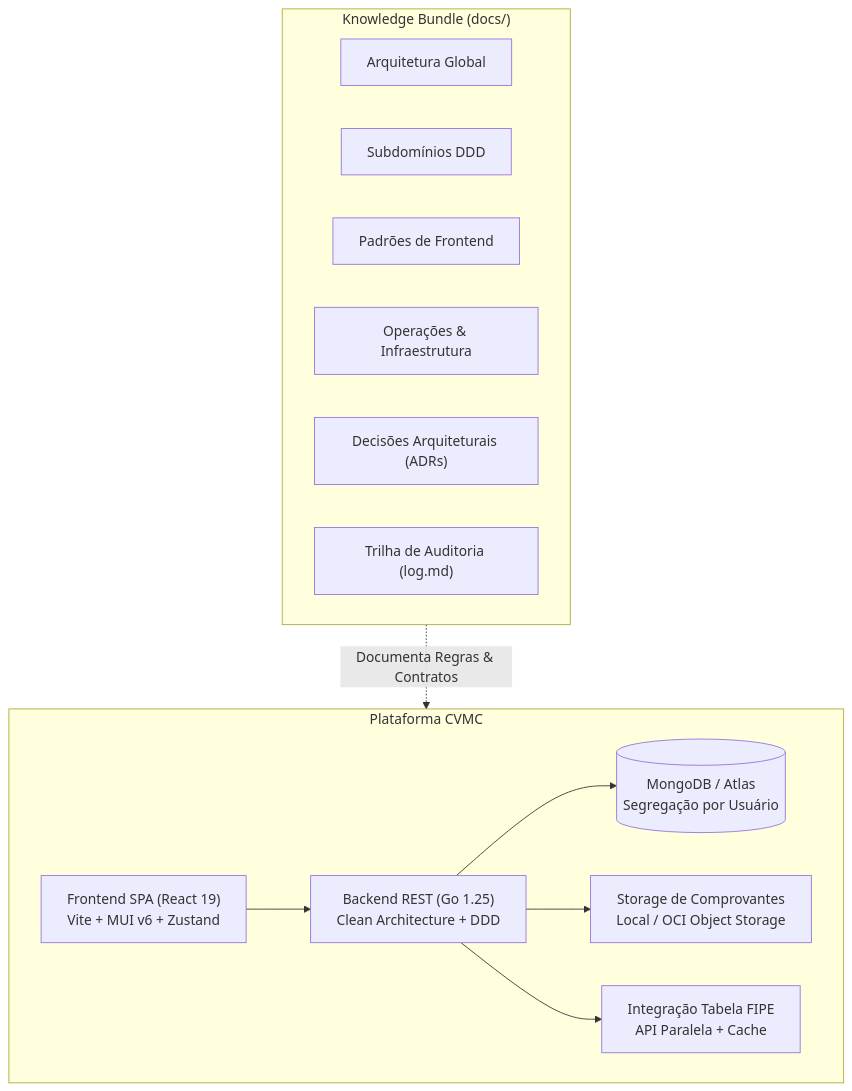
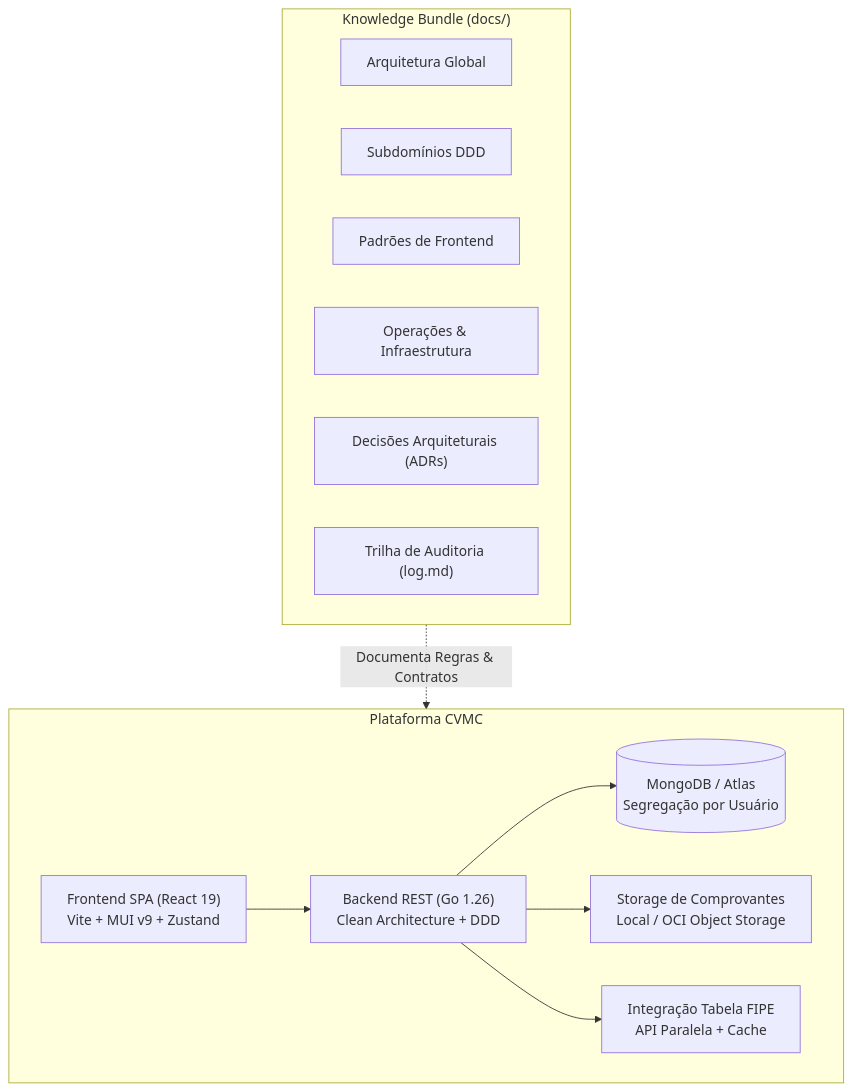
Before and after one commit to yurinogueira/CVMC: the diagram in docs/index.md, drawn with Mermaid. The commit also changed other lines of this file and 6 other files, not shown here.

````diff
--- a/docs/index.md
+++ b/docs/index.md
@@ -35,25 +35,25 @@
 ```mermaid
 flowchart TD
     subgraph Core["Plataforma CVMC"]
-        API["Backend REST (Go 1.25)<br>Clean Architecture + DDD"]
-        SPA["Frontend SPA (React 19)<br>Vite + MUI v6 + Zustand"]
+        API["Backend REST (Go 1.26)<br>Clean Architecture + DDD"]
+        SPA["Frontend SPA (React 19)<br>Vite + MUI v9 + Zustand"]
         DB[(MongoDB / Atlas<br>Segregação por Usuário)]
         S3["Storage de Comprovantes<br>Local / OCI Object Storage"]
         FIPE["Integração Tabela FIPE<br>API Paralela + Cache"]
     end
 
     subgraph OKF["Knowledge Bundle (docs/)"]
         ARCH["Arquitetura Global"]
         DOM["Subdomínios DDD"]
         FE["Padrões de Frontend"]
         OPS["Operações & Infraestrutura"]
         ADR["Decisões Arquiteturais (ADRs)"]
         LOG["Trilha de Auditoria (log.md)"]
     end
 
     API --> DB
     API --> S3
     API --> FIPE
     SPA --> API
     OKF -.->|Documenta Regras & Contratos| Core
 ```
````
